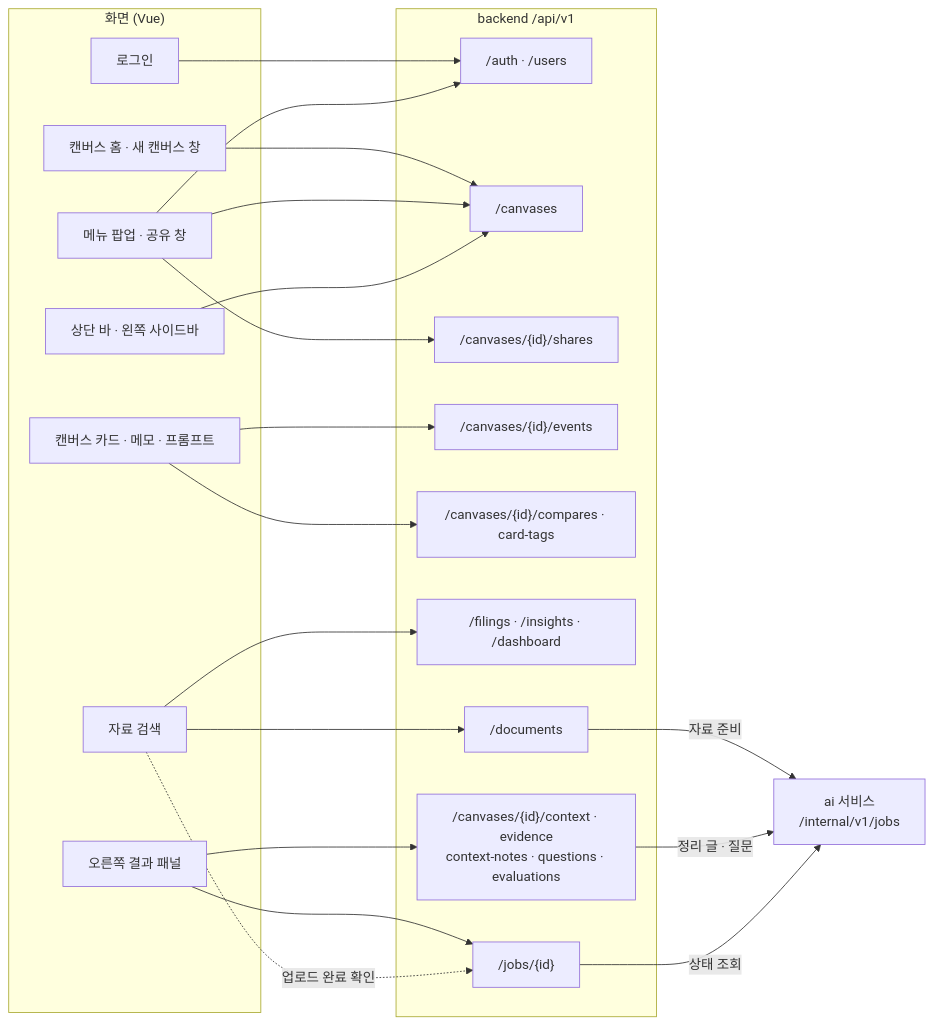
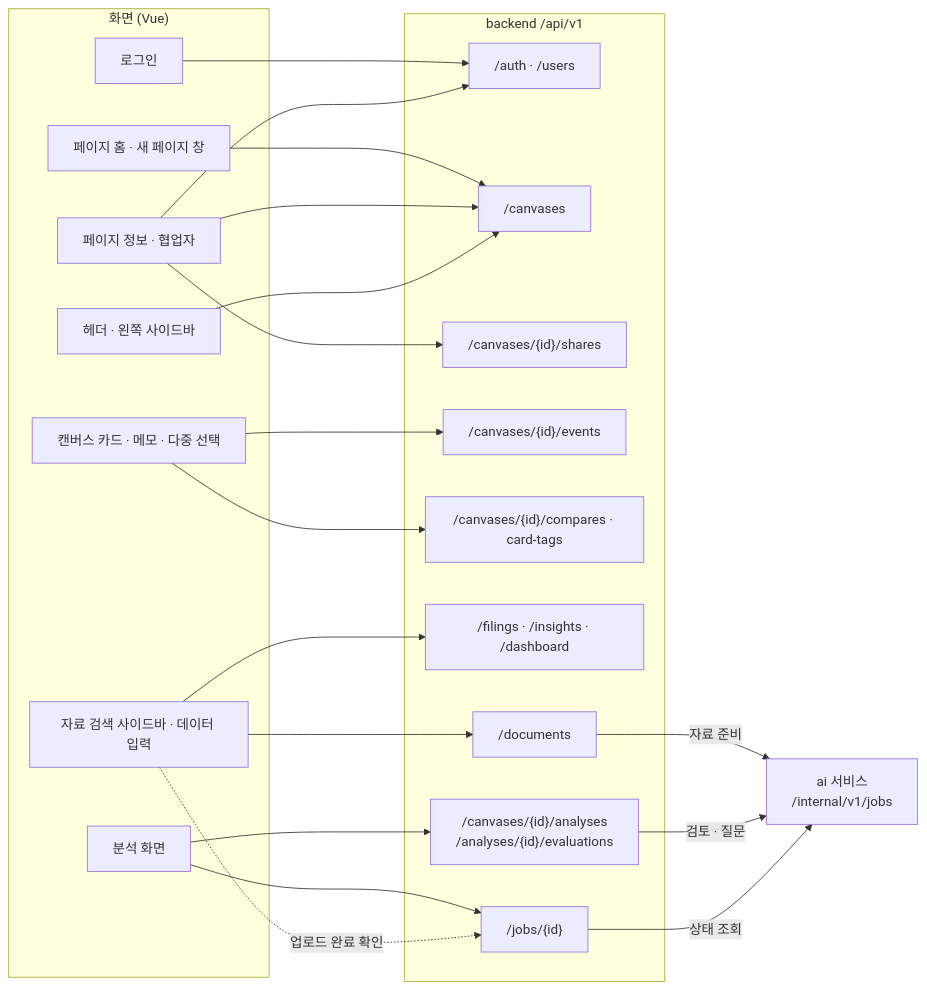
One commit to vamos-team/telescope changed the first of 7 diagrams in docs/frontend/api-diagram.md. Above: the diagram before and after it, drawn with Mermaid. The commit also changed other lines of this file and 8 other files, not shown here.

````diff
--- a/docs/frontend/api-diagram.md
+++ b/docs/frontend/api-diagram.md
@@ -7,43 +7,43 @@
 ```mermaid
 flowchart LR
   subgraph FE["화면 (Vue)"]
     L[로그인]
-    H[캔버스 홈 · 새 캔버스 창]
-    SH[메뉴 팝업 · 공유 창]
-    T[상단 바 · 왼쪽 사이드바]
-    C[캔버스 카드 · 메모 · 프롬프트]
-    S[자료 검색]
-    R[오른쪽 결과 패널]
+    H[페이지 홈 · 새 페이지 창]
+    SH[페이지 정보 · 협업자]
+    T[헤더 · 왼쪽 사이드바]
+    C[캔버스 카드 · 메모 · 다중 선택]
+    S[자료 검색 사이드바 · 데이터 입력]
+    R[분석 화면]
   end
 
   subgraph API["backend /api/v1"]
     AU["/auth · /users"]
     CV["/canvases"]
     SHR["/canvases/{id}/shares"]
     EV["/canvases/{id}/events"]
     CMP["/canvases/{id}/compares · card-tags"]
     FL["/filings · /insights · /dashboard"]
     DC["/documents"]
-    OUT["/canvases/{id}/context · evidence<br/>context-notes · questions · evaluations"]
+    OUT["/canvases/{id}/analyses<br/>/analyses/{id}/evaluations"]
     JB["/jobs/{id}"]
   end
 
   AI["ai 서비스<br/>/internal/v1/jobs"]
 
   L --> AU
   H --> CV
   SH --> CV
   SH --> AU
   SH --> SHR
   T --> CV
   C --> EV
   C --> CMP
   S --> FL
   S --> DC
   R --> OUT
   R --> JB
   S -. 업로드 완료 확인 .-> JB
   DC -- 자료 준비 --> AI
-  OUT -- 정리 글 · 질문 --> AI
+  OUT -- 검토 · 질문 --> AI
   JB -- 상태 조회 --> AI
 ```
````
